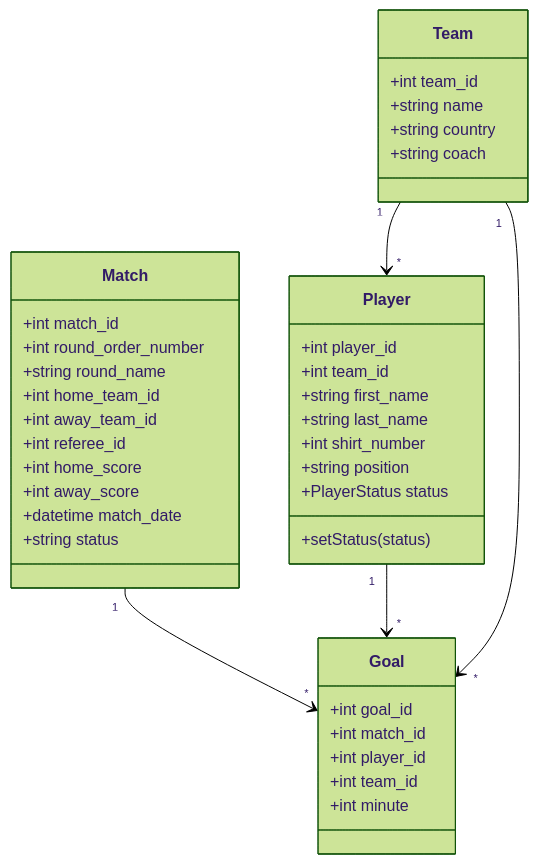
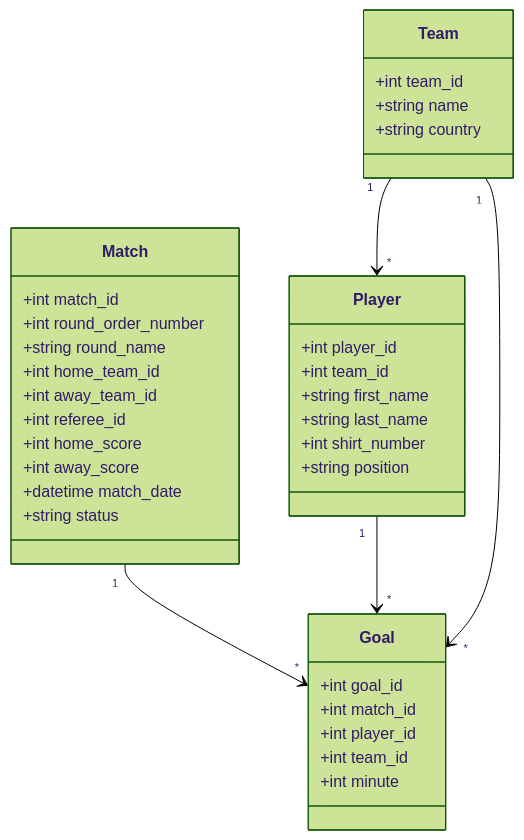
Before and after one commit to sanderkerkhofs/worldcup-manager-2026: the first of 3 diagrams in analysis/project_schema.md, drawn with Mermaid (forest theme). The commit also changed other lines of this file and 51 other files, not shown here.

````diff
--- a/analysis/project_schema.md
+++ b/analysis/project_schema.md
@@ -69,46 +65,43 @@
 ```mermaid
 classDiagram
   class Team {
     +int team_id
     +string name
     +string country
-    +string coach
   }
 
   class Match {
     +int match_id
     +int round_order_number
     +string round_name
     +int home_team_id
     +int away_team_id
     +int referee_id
     +int home_score
     +int away_score
     +datetime match_date
     +string status
   }
 
   class Player {
     +int player_id
     +int team_id
     +string first_name
     +string last_name
     +int shirt_number
     +string position
-    +PlayerStatus status
-    +setStatus(status)
   }
 
   class Goal {
     +int goal_id
     +int match_id
     +int player_id
     +int team_id
     +int minute
   }
 
   Team "1" --> "*" Player
   Match "1" --> "*" Goal
   Player "1" --> "*" Goal
   Team "1" --> "*" Goal
 ```
````
